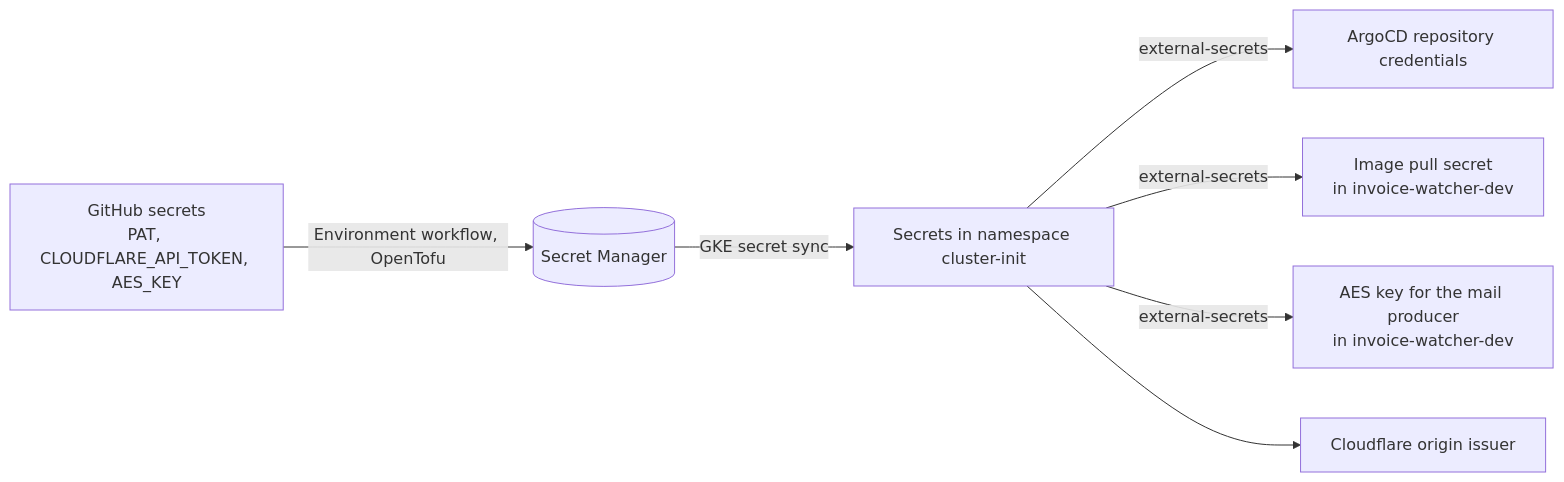
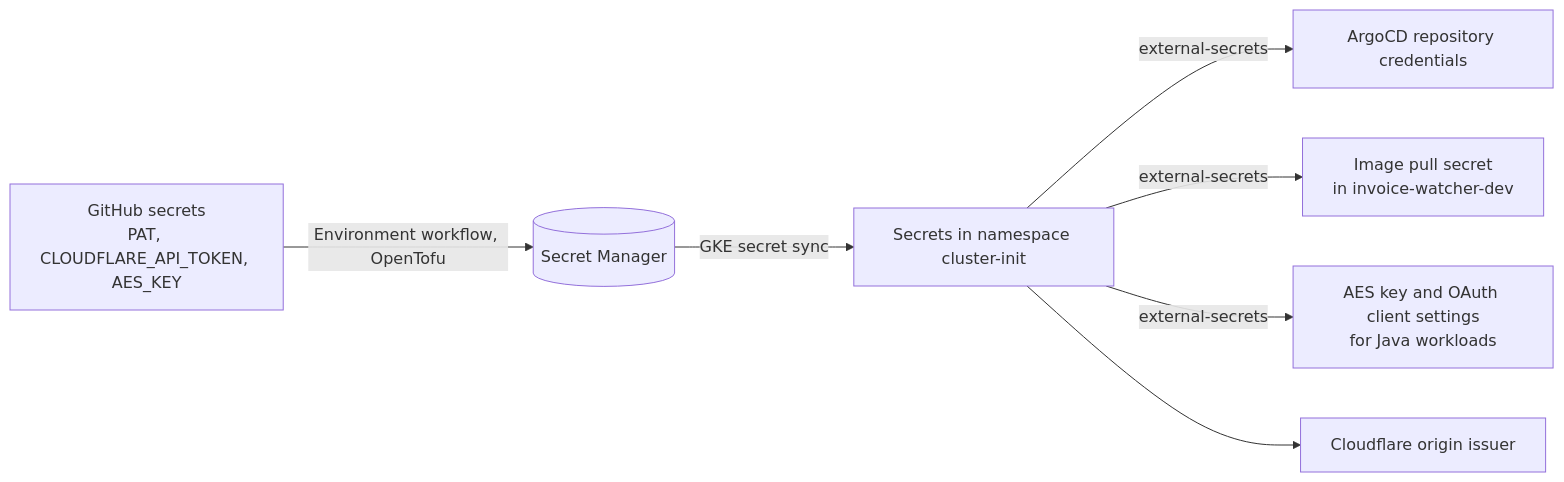
The second of 3 diagrams in docs/system/architecture.md (Guslarz/invoice-watcher), drawn with Mermaid before and after one commit. The commit also changed other lines of this file and 314 other files, not shown here.

````diff
--- a/docs/system/architecture.md
+++ b/docs/system/architecture.md
@@ -68,9 +68,9 @@
 ```mermaid
 flowchart LR
   ghs[GitHub secrets<br/>PAT, CLOUDFLARE_API_TOKEN, AES_KEY] -->|Environment workflow, OpenTofu| sm[(Secret Manager)]
   sm -->|GKE secret sync| ci[Secrets in namespace cluster-init]
   ci -->|external-secrets| repo[ArgoCD repository credentials]
   ci -->|external-secrets| pull[Image pull secret<br/>in invoice-watcher-dev]
-  ci -->|external-secrets| aes[AES key for the mail producer<br/>in invoice-watcher-dev]
+  ci -->|external-secrets| aes[AES key and OAuth client settings<br/>for Java workloads]
   ci --> cert[Cloudflare origin issuer]
 ```
````
